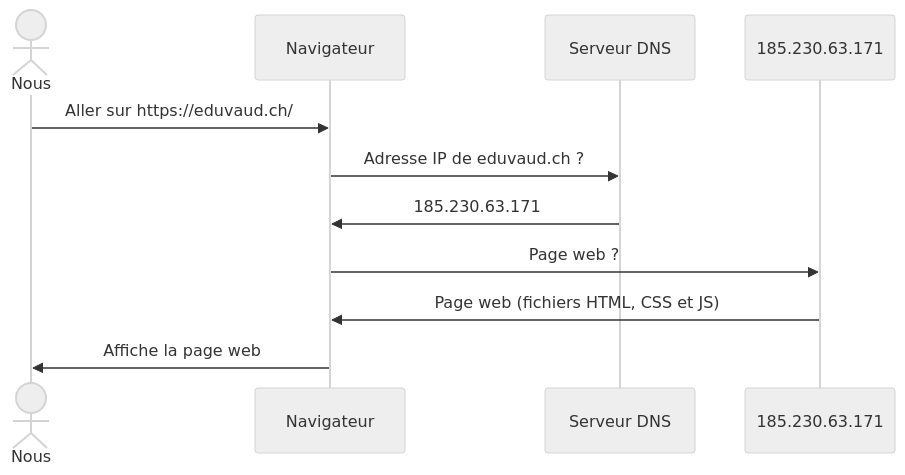
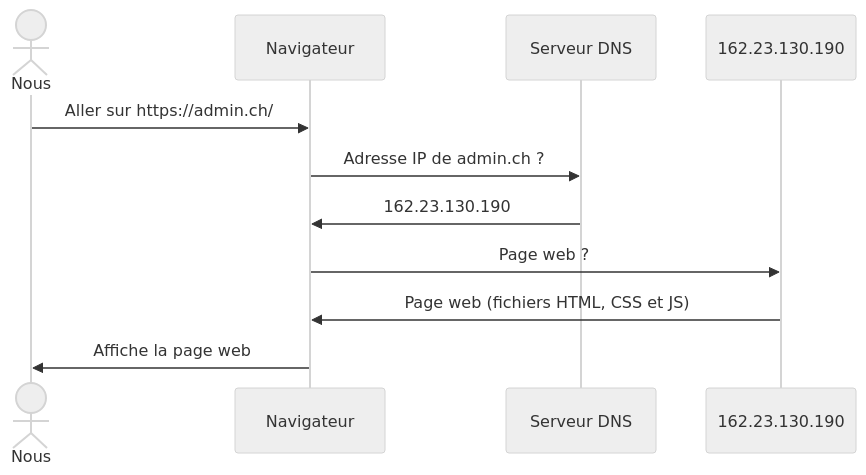
One commit to blueur/hep-24 changed the diagram in static/slide/internet-web.md. Above: the diagram before and after it, drawn with Mermaid (neutral theme). The commit also changed other lines of this file and 2 other files, not shown here.

Commit message:
feat: update html-css

````diff
--- a/static/slide/internet-web.md
+++ b/static/slide/internet-web.md
@@ -142,10 +131,10 @@
 ```mermaid
 sequenceDiagram
   actor Nous
-  Nous ->> Navigateur: Aller sur https://eduvaud.ch/
-  Navigateur ->> Serveur DNS: Adresse IP de eduvaud.ch ?
-  Serveur DNS ->> Navigateur: 185.230.63.171
-  Navigateur ->> 185.230.63.171: Page web ?
-  185.230.63.171 ->> Navigateur: Page web (fichiers HTML, CSS et JS)
+  Nous ->> Navigateur: Aller sur https://admin.ch/
+  Navigateur ->> Serveur DNS: Adresse IP de admin.ch ?
+  Serveur DNS ->> Navigateur: 162.23.130.190
+  Navigateur ->> 162.23.130.190: Page web ?
+  162.23.130.190 ->> Navigateur: Page web (fichiers HTML, CSS et JS)
   Navigateur ->> Nous: Affiche la page web
 ```
````
